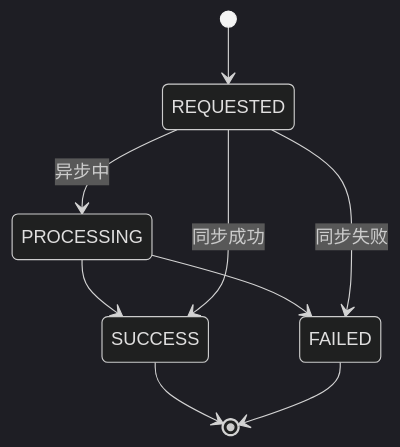
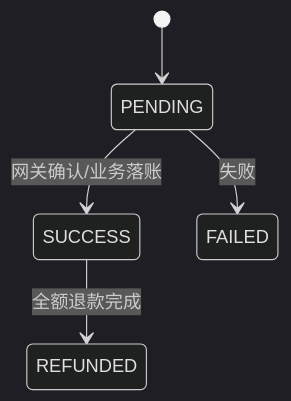
One commit to rosestack/rose-playground changed the fourth of 11 diagrams in rose-backend/rose-service/rose-billing-service/docs/billing-domain-model.md. Above: the diagram before and after it, drawn with Mermaid (dark theme). The commit also changed other lines of this file and 33 other files, not shown here.

Commit message:
refactor: 重构计费核心实体与状态管理，完善发票币种、价格快照及支付记录细节字段，标准化支付/退款状态流转(PENDING/SUCCESS/FAILED)，增强支付回调幂等处理与金额核对机制，优化订阅、用量、退款关联关系及财务模型可观测性

````diff
--- a/rose-backend/rose-service/rose-billing-service/docs/billing-domain-model.md
+++ b/rose-backend/rose-service/rose-billing-service/docs/billing-domain-model.md
@@ -170,11 +138,7 @@
 ```mermaid
 stateDiagram-v2
-  [*] --> REQUESTED
-  REQUESTED --> PROCESSING: 异步中
-  PROCESSING --> SUCCESS
-  PROCESSING --> FAILED
-  REQUESTED --> SUCCESS: 同步成功
-  REQUESTED --> FAILED: 同步失败
-  SUCCESS --> [*]
-  FAILED --> [*]
+  [*] --> PENDING
+  PENDING --> SUCCESS: 网关确认/业务落账
+  PENDING --> FAILED: 失败
+  SUCCESS --> REFUNDED: 全额退款完成
 ```
````
